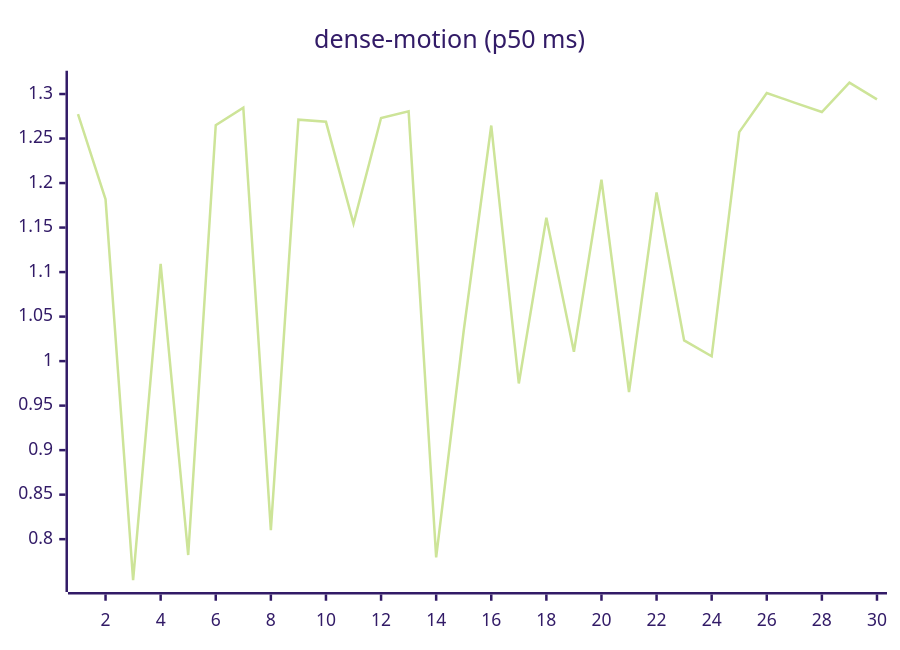
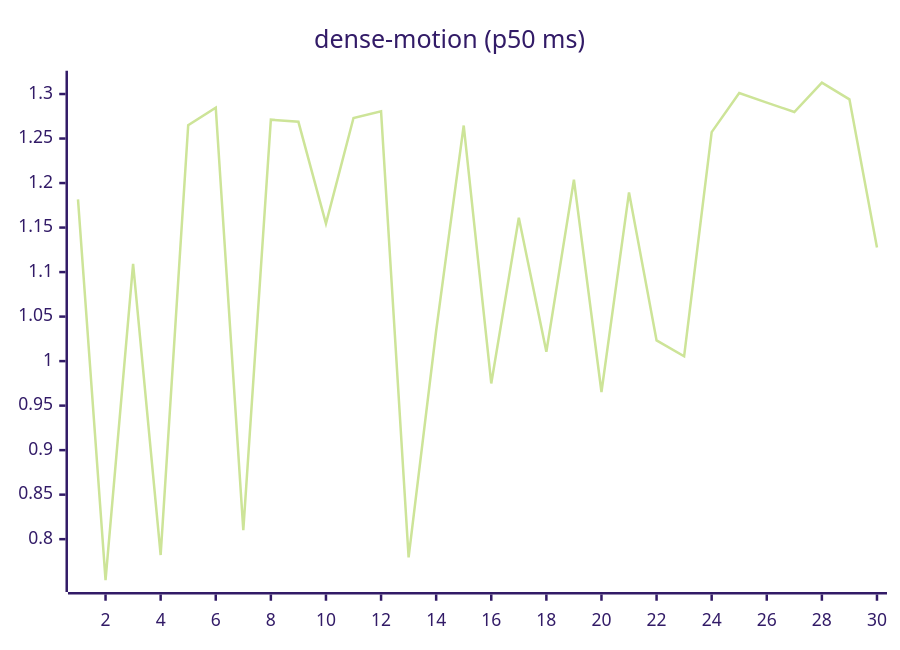
Before and after one commit to josha/Facet: the ninth of 27 diagrams in README.md, drawn with Mermaid (forest theme). The commit also changed other lines of this file and 2 other files, not shown here.

````diff
--- a/README.md
+++ b/README.md
@@ -119,6 +119,6 @@
 ```mermaid
 xychart-beta
     title "dense-motion (p50 ms)"
     x-axis 1 --> 30
-    line [1.2773, 1.1817, 0.7540, 1.1093, 0.7822, 1.2651, 1.2846, 0.8102, 1.2712, 1.2688, 1.1544, 1.2730, 1.2805, 0.7796, 1.0341, 1.2646, 0.9749, 1.1610, 1.0105, 1.2037, 0.9653, 1.1895, 1.0233, 1.0054, 1.2572, 1.3012, 1.2904, 1.2798, 1.3128, 1.2940]
+    line [1.1817, 0.7540, 1.1093, 0.7822, 1.2651, 1.2846, 0.8102, 1.2712, 1.2688, 1.1544, 1.2730, 1.2805, 0.7796, 1.0341, 1.2646, 0.9749, 1.1610, 1.0105, 1.2037, 0.9653, 1.1895, 1.0233, 1.0054, 1.2572, 1.3012, 1.2904, 1.2798, 1.3128, 1.2940, 1.1276]
 ```
````
